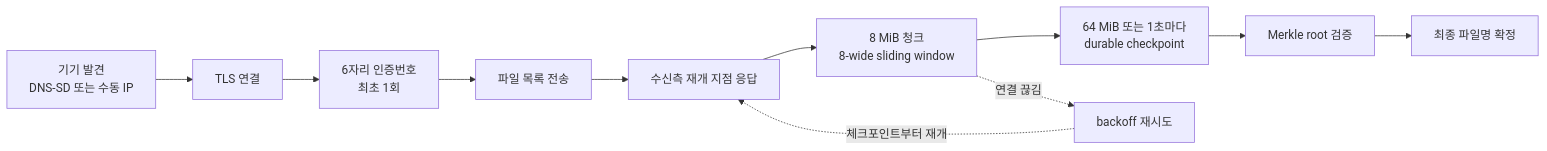
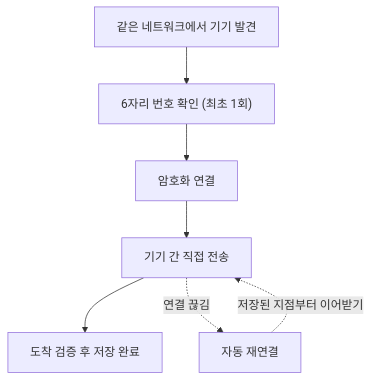
The diagram in README.md (esleeeeee/eslee-quick-send), drawn with Mermaid before and after one commit. The commit also changed other lines of this file, not shown here.

````diff
--- a/README.md
+++ b/README.md
@@ -113,13 +168,9 @@
 ```mermaid
-flowchart LR
-    A["기기 발견<br/>DNS-SD 또는 수동 IP"] --> B["TLS 연결"]
-    B --> C["6자리 인증번호<br/>최초 1회"]
-    C --> D["파일 목록 전송"]
-    D --> E["수신측 재개 지점 응답"]
-    E --> F["8 MiB 청크<br/>8-wide sliding window"]
-    F --> G["64 MiB 또는 1초마다<br/>durable checkpoint"]
-    G --> H["Merkle root 검증"]
-    H --> I["최종 파일명 확정"]
-    F -. "연결 끊김" .-> J["backoff 재시도"]
-    J -. "체크포인트부터 재개" .-> E
+flowchart TD
+    A["같은 네트워크에서 기기 발견"] --> B["6자리 번호 확인 (최초 1회)"]
+    B --> C["암호화 연결"]
+    C --> D["기기 간 직접 전송"]
+    D --> E["도착 검증 후 저장 완료"]
+    D -. "연결 끊김" .-> F["자동 재연결"]
+    F -. "저장된 지점부터 이어받기" .-> D
 ```
````
